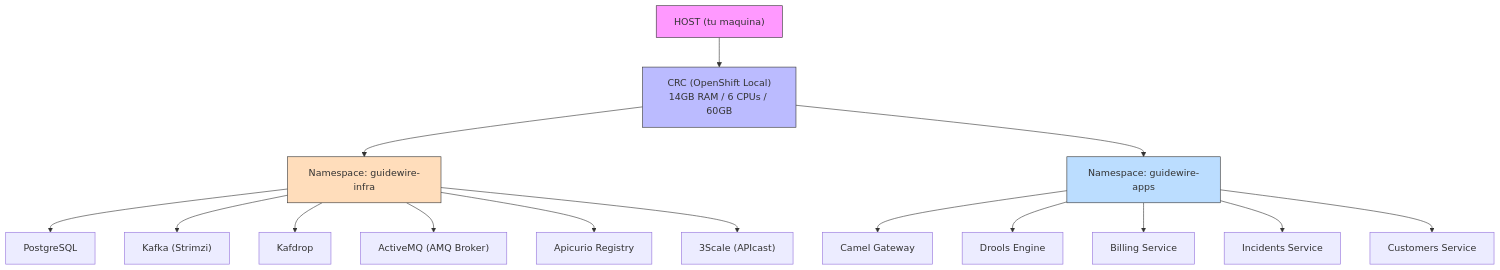
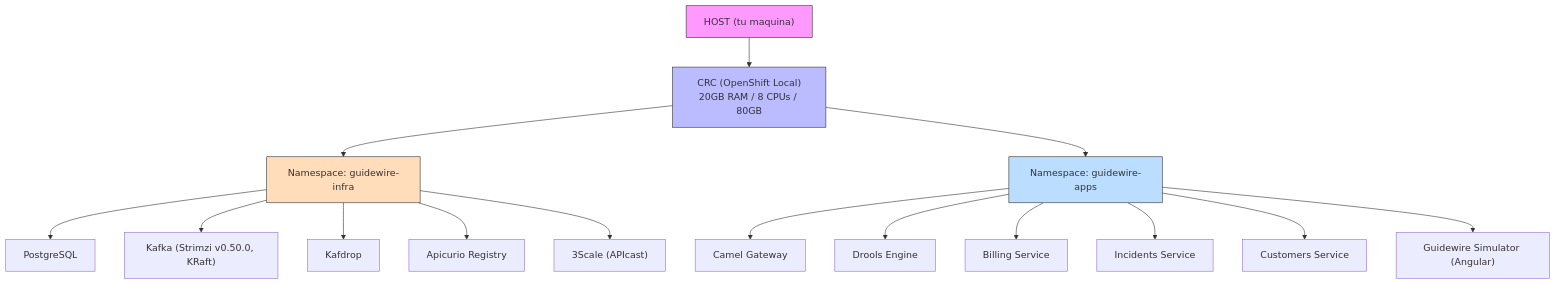
Before and after one commit to monghithub/guidewire: the diagram in openspecs/docs/infra/lab-environment/README.md, drawn with Mermaid. The commit also changed other lines of this file and 86 other files, not shown here.

First line of the commit message:
feat: add guidewire-simulator Angular frontend, architecture infographic, and update all docs

````diff
--- a/openspecs/docs/infra/lab-environment/README.md
+++ b/openspecs/docs/infra/lab-environment/README.md
@@ -11,25 +13,25 @@
 ```mermaid
 graph TD
     HOST["HOST (tu maquina)"]
-    HOST --> CRC["CRC (OpenShift Local)<br/>14GB RAM / 6 CPUs / 60GB"]
+    HOST --> CRC["CRC (OpenShift Local)<br/>20GB RAM / 8 CPUs / 80GB"]
     CRC --> NS_INFRA["Namespace: guidewire-infra"]
     CRC --> NS_APPS["Namespace: guidewire-apps"]
 
     NS_INFRA --> PG["PostgreSQL"]
-    NS_INFRA --> KAFKA["Kafka (Strimzi)"]
+    NS_INFRA --> KAFKA["Kafka (Strimzi v0.50.0, KRaft)"]
     NS_INFRA --> KAFDROP["Kafdrop"]
-    NS_INFRA --> AMQ["ActiveMQ (AMQ Broker)"]
     NS_INFRA --> APICURIO["Apicurio Registry"]
     NS_INFRA --> THREESCALE["3Scale (APIcast)"]
 
     NS_APPS --> CAMEL["Camel Gateway"]
     NS_APPS --> DROOLS["Drools Engine"]
     NS_APPS --> BILLING["Billing Service"]
     NS_APPS --> INCIDENTS["Incidents Service"]
     NS_APPS --> CUSTOMERS["Customers Service"]
+    NS_APPS --> SIMULATOR["Guidewire Simulator (Angular)"]
 
     style HOST fill:#f9f,stroke:#333
     style CRC fill:#bbf,stroke:#333
     style NS_INFRA fill:#fdb,stroke:#333
     style NS_APPS fill:#bdf,stroke:#333
 ```
````
